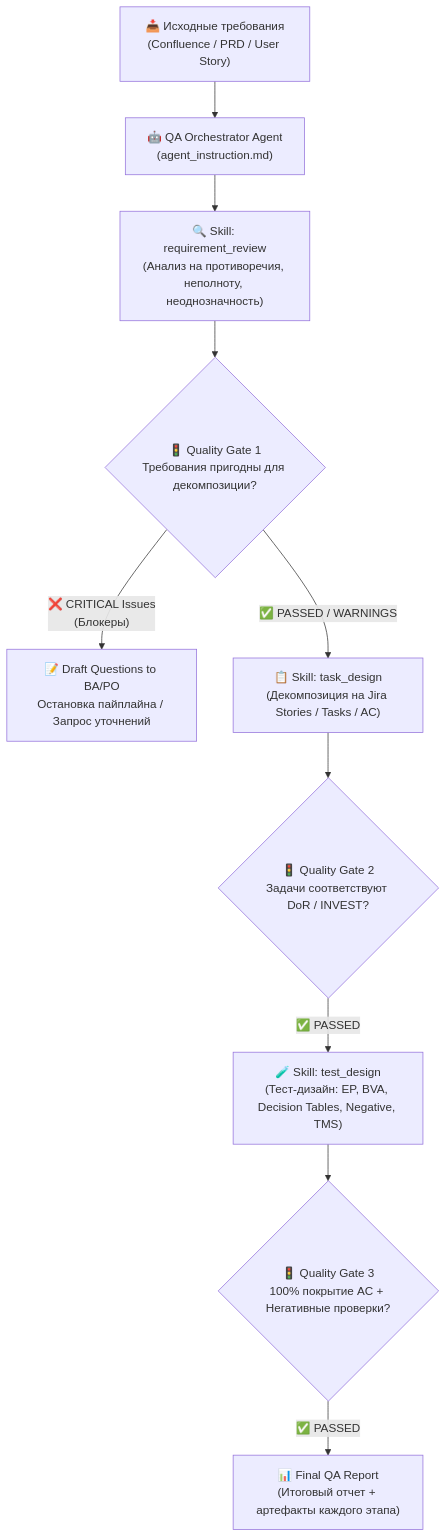
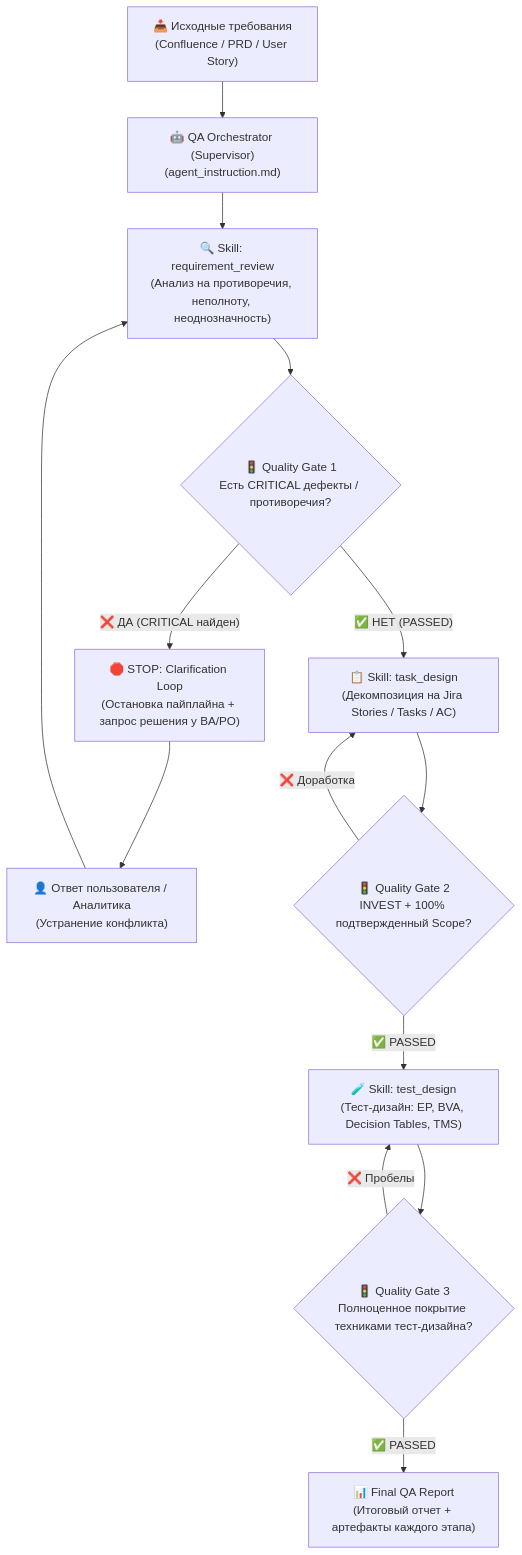
Before and after one commit to Vladislav0122/ai-qa-agent-pipeline: the diagram in README.md, drawn with Mermaid. The commit also changed other lines of this file and 8 other files, not shown here.

Commit message:
refactor: apply instructor feedback - fix Quality Gate 1 halt logic, remove unconfirmed rules, add Scope/Tools/Failure Behaviour/Completion Criteria

````diff
--- a/README.md
+++ b/README.md
@@ -11,16 +11,21 @@
 ```mermaid
 flowchart TD
-    A["📥 Исходные требования<br/>(Confluence / PRD / User Story)"] --> B["🤖 QA Orchestrator Agent<br/>(agent_instruction.md)"]
+    A["📥 Исходные требования<br/>(Confluence / PRD / User Story)"] --> B["🤖 QA Orchestrator (Supervisor)<br/>(agent_instruction.md)"]
     
     B --> C["🔍 Skill: requirement_review<br/>(Анализ на противоречия, неполноту, неоднозначность)"]
-    C --> D{"🚦 Quality Gate 1<br/>Требования пригодны для декомпозиции?"}
+    C --> D{"🚦 Quality Gate 1<br/>Есть CRITICAL дефекты / противоречия?"}
     
-    D -- "❌ CRITICAL Issues<br/>(Блокеры)" --> D1["📝 Draft Questions to BA/PO<br/>Остановка пайплайна / Запрос уточнений"]
-    D -- "✅ PASSED / WARNINGS" --> E["📋 Skill: task_design<br/>(Декомпозиция на Jira Stories / Tasks / AC)"]
+    D -- "❌ ДА (CRITICAL найден)" --> D1["🛑 STOP: Clarification Loop<br/>(Остановка пайплайна + запрос решения у BA/PO)"]
+    D1 --> D2["👤 Ответ пользователя / Аналитика<br/>(Устранение конфликта)"]
+    D2 --> C
     
-    E --> F{"🚦 Quality Gate 2<br/>Задачи соответствуют DoR / INVEST?"}
-    F -- "✅ PASSED" --> G["🧪 Skill: test_design<br/>(Тест-дизайн: EP, BVA, Decision Tables, Negative, TMS)"]
+    D -- "✅ НЕТ (PASSED)" --> E["📋 Skill: task_design<br/>(Декомпозиция на Jira Stories / Tasks / AC)"]
     
-    G --> H{"🚦 Quality Gate 3<br/>100% покрытие AC + Негативные проверки?"}
+    E --> F{"🚦 Quality Gate 2<br/>INVEST + 100% подтвержденный Scope?"}
+    F -- "❌ Доработка" --> E
+    F -- "✅ PASSED" --> G["🧪 Skill: test_design<br/>(Тест-дизайн: EP, BVA, Decision Tables, TMS)"]
+    
+    G --> H{"🚦 Quality Gate 3<br/>Полноценное покрытие техниками тест-дизайна?"}
+    H -- "❌ Пробелы" --> G
     H -- "✅ PASSED" --> I["📊 Final QA Report<br/>(Итоговый отчет + артефакты каждого этапа)"]
 ```
````
